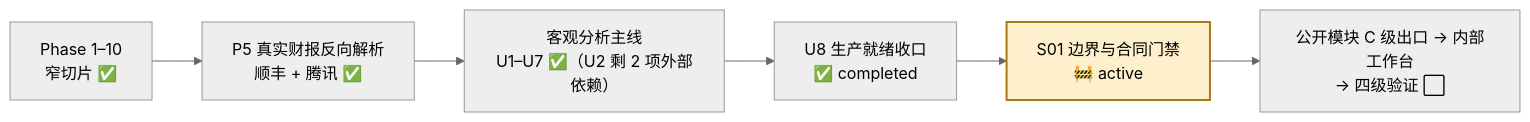
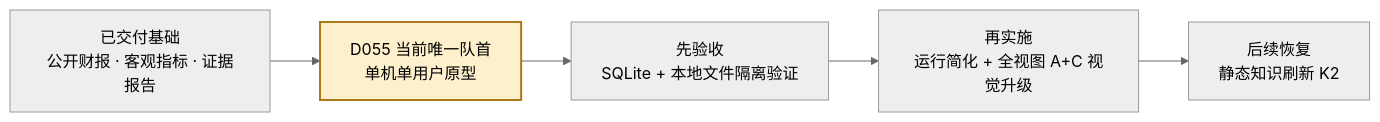
Before and after one commit to davyzhong/FLOW: the tenth of 10 diagrams in README.md, drawn with Mermaid (neutral theme). The commit also changed other lines of this file and 1 other file, not shown here.

````diff
--- a/README.md
+++ b/README.md
@@ -748,9 +775,8 @@
 ```mermaid
 flowchart LR
-    A["Phase 1–10<br/>窄切片 ✅"] --> B["P5 真实财报反向解析<br/>顺丰 + 腾讯 ✅"]
-    B --> C["客观分析主线<br/>U1–U7 ✅（U2 剩 2 项外部依赖）"]
-    C --> D["U8 生产就绪收口<br/>✅ completed"]
-    D --> E["S01 边界与合同门禁<br/>🚧 active"]
-    E --> F["公开模块 C 级出口 → 内部工作台<br/>→ 四级验证 ⬜"]
-    style E fill:#fff0cd,stroke:#aa7918,stroke-width:2px
+    A["已交付基础<br/>公开财报 · 客观指标 · 证据报告"] --> B["D055 当前唯一队首<br/>单机单用户原型"]
+    B --> C["先验收<br/>SQLite + 本地文件隔离验证"]
+    C --> D["再实施<br/>运行简化 + 全视图 A+C 视觉升级"]
+    D --> E["后续恢复<br/>静态知识刷新 K2"]
+    style B fill:#fff0cd,stroke:#aa7918,stroke-width:2px
 ```
````
